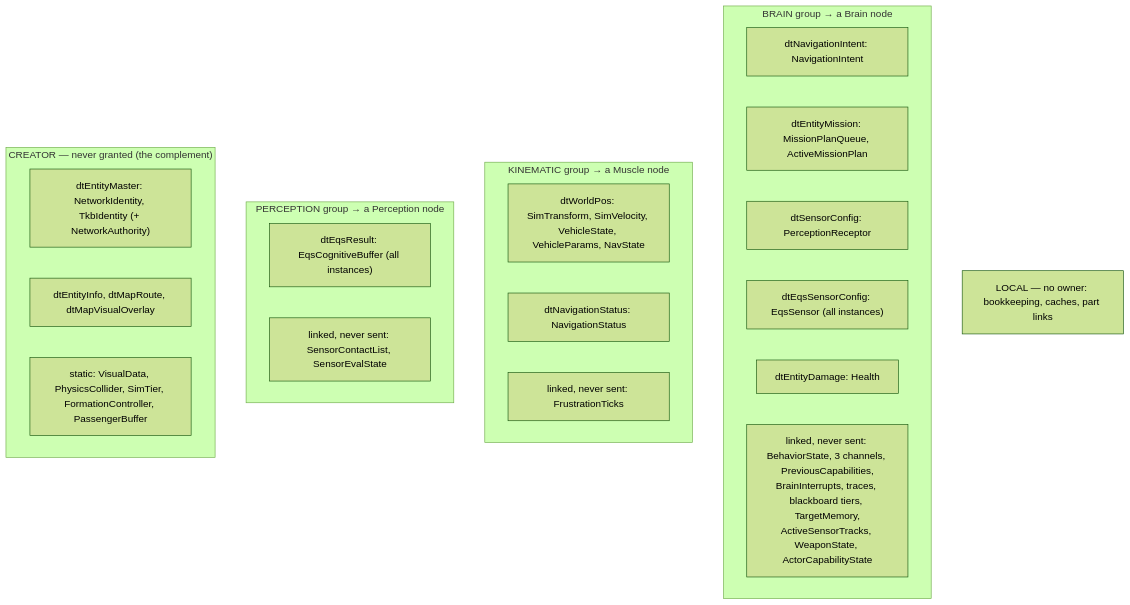
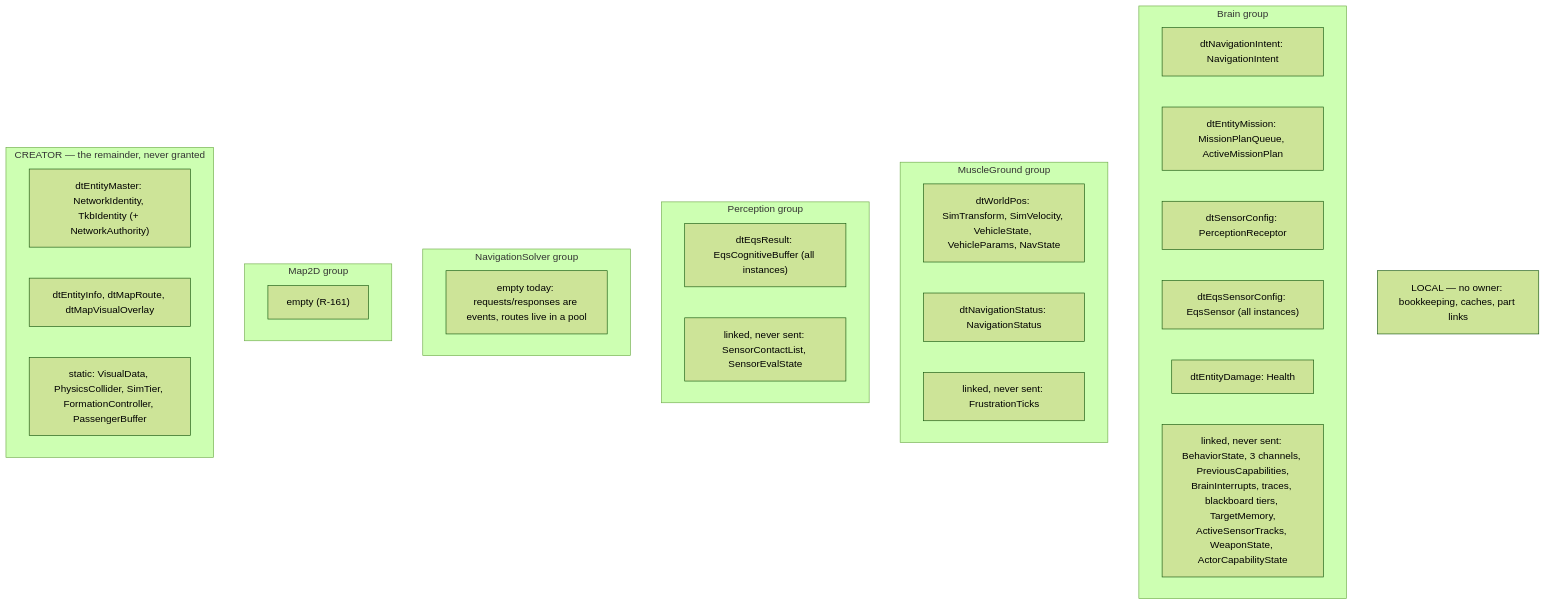
Before and after one commit to pjanec/HROT: the diagram in docs/DESIGN_Ownership_Groups_And_Grants.md, drawn with Mermaid (forest theme). The commit also changed other lines of this file and 1 other file, not shown here.

First line of the commit message:
docs: R-172 — ownership groups are per NodeRole (Brain, MuscleGround, Perception, NavigationSolver, Map2D); NavigationSolver measured empty; F-8 solver writes NavState in-process

````diff
--- a/docs/DESIGN_Ownership_Groups_And_Grants.md
+++ b/docs/DESIGN_Ownership_Groups_And_Grants.md
@@ -109,26 +111,32 @@
 ```mermaid
 graph TD
-  subgraph BRAIN["BRAIN group → a Brain node"]
+  subgraph BRAIN["Brain group"]
     B1["dtNavigationIntent: NavigationIntent"]
     B2["dtEntityMission: MissionPlanQueue, ActiveMissionPlan"]
     B3["dtSensorConfig: PerceptionReceptor"]
     B4["dtEqsSensorConfig: EqsSensor (all instances)"]
     B5["dtEntityDamage: Health"]
     BL["linked, never sent: BehaviorState, 3 channels, PreviousCapabilities,<br/>BrainInterrupts, traces, blackboard tiers, TargetMemory,<br/>ActiveSensorTracks, WeaponState, ActorCapabilityState"]
   end
-  subgraph KIN["KINEMATIC group → a Muscle node"]
+  subgraph KIN["MuscleGround group"]
     K1["dtWorldPos: SimTransform, SimVelocity, VehicleState, VehicleParams, NavState"]
     K2["dtNavigationStatus: NavigationStatus"]
     KL["linked, never sent: FrustrationTicks"]
   end
-  subgraph PER["PERCEPTION group → a Perception node"]
+  subgraph PER["Perception group"]
     P1["dtEqsResult: EqsCognitiveBuffer (all instances)"]
     PL["linked, never sent: SensorContactList, SensorEvalState"]
   end
-  subgraph CRE["CREATOR — never granted (the complement)"]
+  subgraph NAV["NavigationSolver group"]
+    N0["empty today: requests/responses are events, routes live in a pool"]
+  end
+  subgraph MAP["Map2D group"]
+    M0["empty (R-161)"]
+  end
+  subgraph CRE["CREATOR — the remainder, never granted"]
     C1["dtEntityMaster: NetworkIdentity, TkbIdentity (+ NetworkAuthority)"]
     C2["dtEntityInfo, dtMapRoute, dtMapVisualOverlay"]
     C3["static: VisualData, PhysicsCollider, SimTier, FormationController, PassengerBuffer"]
   end
   LOC["LOCAL — no owner: bookkeeping, caches, part links"]
 ```
````
